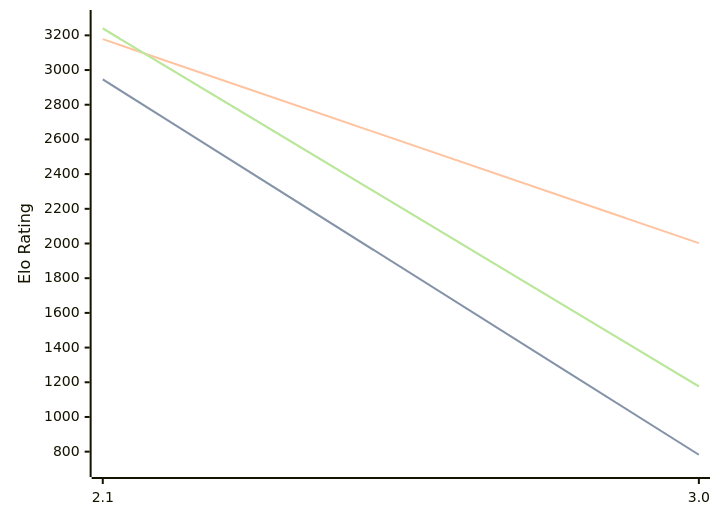
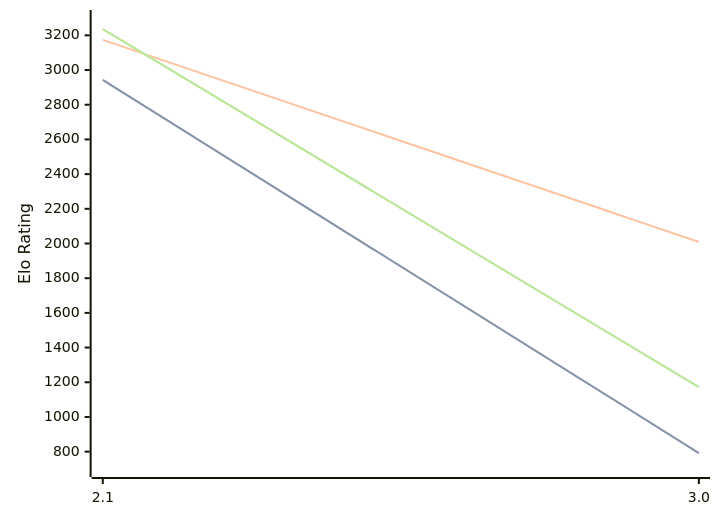
The diagram in engines/Quirky.md (computer-chess-index/cci), drawn with Mermaid before and after one commit. The commit also changed other lines of this file, not shown here.

Commit message:
Update CCI Ratings (ELO VLTC) - 2026-06-08

````diff
--- a/engines/Quirky.md
+++ b/engines/Quirky.md
@@ -34,11 +34,11 @@
 ```mermaid
 %%{init: {"theme":"base","themeVariables":{"seriesColors:['#a3a3a3','#222221','#faa371']}}}%%
 xychart-beta
   x-axis ["2.1", "3.0"]
   y-axis "Elo Rating" 700 --> 3300
-  line "STC (8.0+0.08s)" [2946, 782]
-  line "STC (8.0+0.08s)" [2946, 782]
-  line "LTC (60.0+0.60s)" [3178, 2002]
-  line "VLTC (2m24s+1.12s)" [3240, 1176]
-  line "VLTC (2m24s+1.12s)" [3240, 1176]
+  line "STC (8.0+0.08s)" [2943, 792]
+  line "STC (8.0+0.08s)" [2943, 792]
+  line "LTC (60.0+0.60s)" [3174, 2009]
+  line "VLTC (2m24s+1.12s)" [3236, 1172]
+  line "VLTC (2m24s+1.12s)" [3236, 1172]
 ```
````
